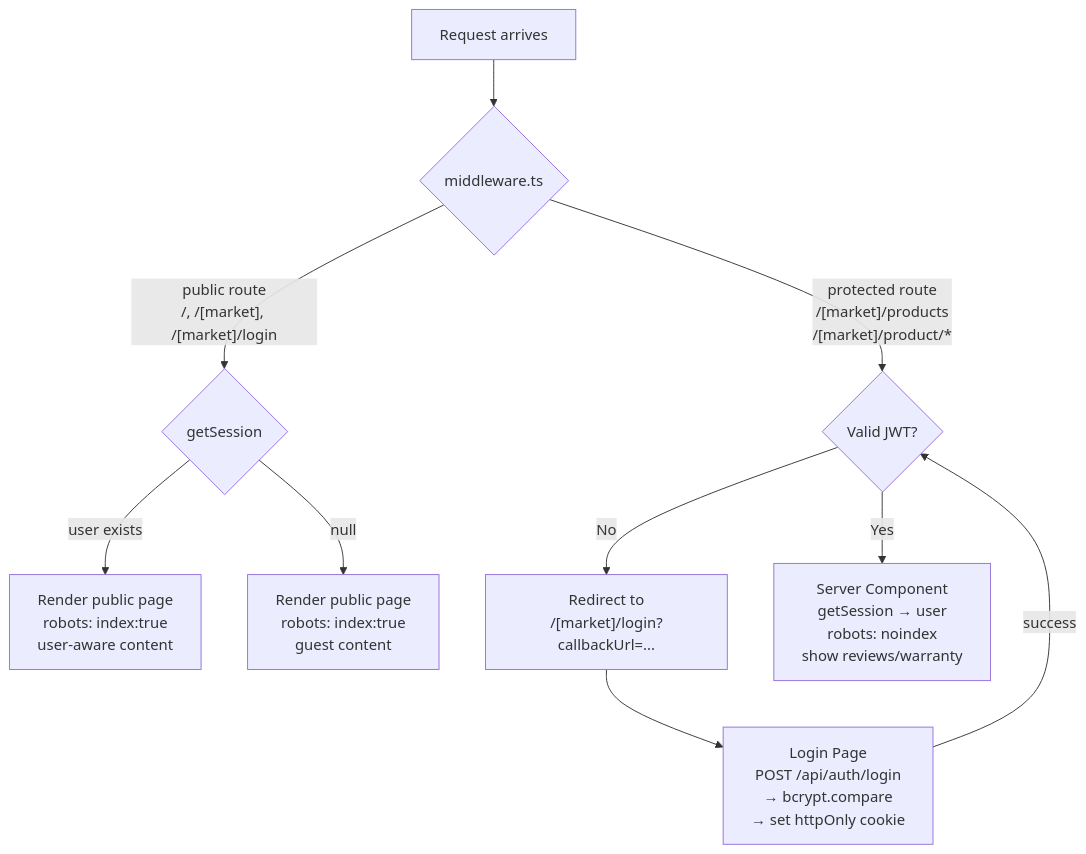
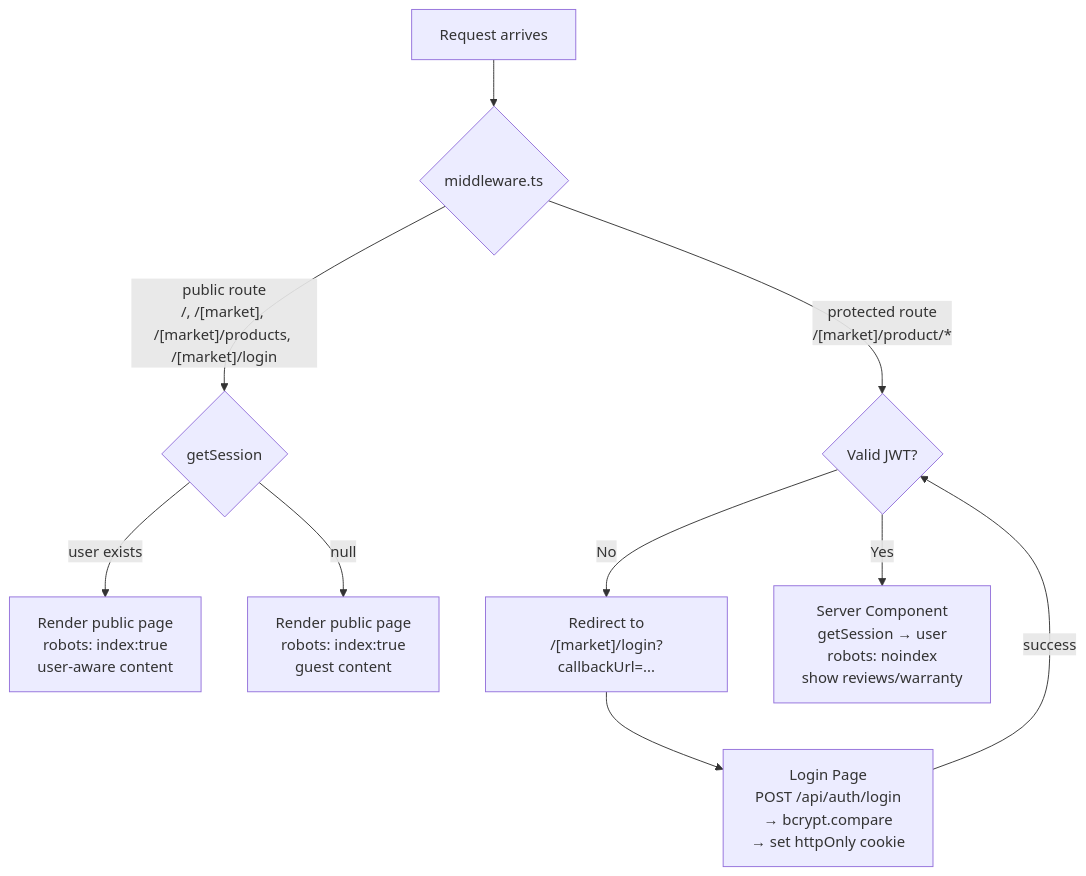
The fourth of 5 diagrams in ARCHITECTURE.md (javifond/rhino-market-place-home-task), drawn with Mermaid before and after one commit. The commit also changed other lines of this file and 2 other files, not shown here.

First line of the commit message:
fix(app): Make /products public; update middleware patterns

````diff
--- a/ARCHITECTURE.md
+++ b/ARCHITECTURE.md
@@ -250,15 +245,15 @@
 ```mermaid
 flowchart TD
     REQ[Request arrives] --> MW{middleware.ts}
 
-    MW -->|"public route\n/, /[market], /[market]/login"| PUB_CHECK{getSession}
+    MW -->|"public route\n/, /[market], /[market]/products, /[market]/login"| PUB_CHECK{getSession}
     PUB_CHECK -->|"user exists"| PUB_AUTH[Render public page\nrobots: index:true\nuser-aware content]
     PUB_CHECK -->|"null"| PUB_GUEST[Render public page\nrobots: index:true\nguest content]
 
-    MW -->|"protected route\n/[market]/products\n/[market]/product/*"| AUTH{Valid JWT?}
+    MW -->|"protected route\n/[market]/product/*"| AUTH{Valid JWT?}
     AUTH -->|No| REDIR["Redirect to\n/[market]/login?callbackUrl=..."]
     AUTH -->|Yes| PROTECTED[Server Component\ngetSession → user\nrobots: noindex\nshow reviews/warranty]
 
     REDIR --> LOGIN[Login Page\nPOST /api/auth/login\n→ bcrypt.compare\n→ set httpOnly cookie]
     LOGIN -->|success| AUTH
 ```
````
